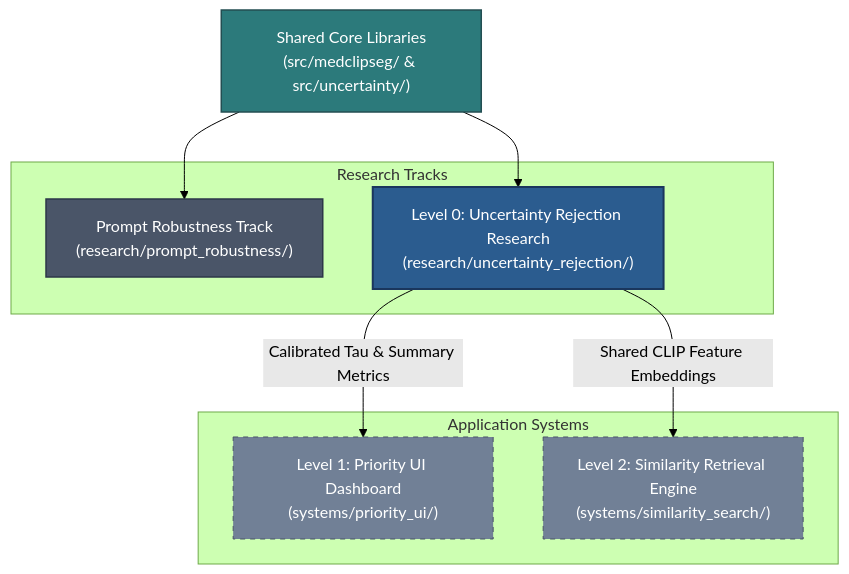
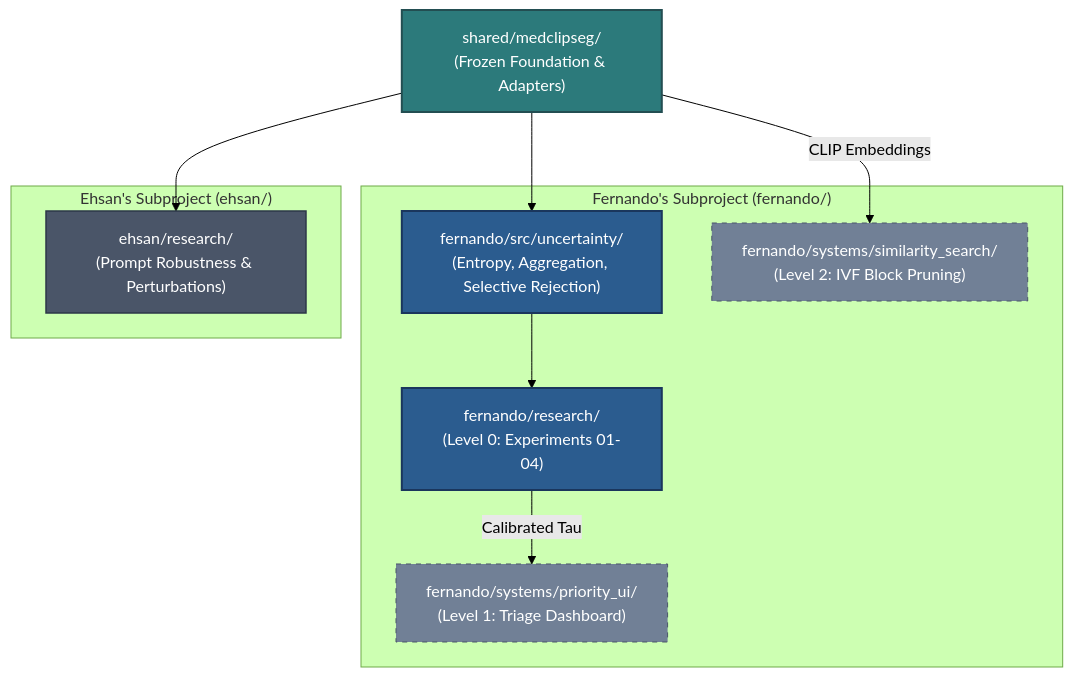
Before and after one commit to Fergarciamedina/MedCLIPSeg-plus-plus: the first of 6 diagrams in docs/architecture.md, drawn with Mermaid (forest theme). The commit also changed other lines of this file and 188 other files, not shown here.

Commit message:
feat(workstreams): reorganize repository by team owner (fernando, ehsan, shared)

````diff
--- a/docs/architecture.md
+++ b/docs/architecture.md
@@ -12,24 +12,26 @@
 ```mermaid
 graph TD
-    classDef core fill:#2b5c8f,stroke:#1a365d,color:#ffffff,stroke-width:2px;
-    classDef track fill:#4a5568,stroke:#2d3748,color:#ffffff,stroke-width:1.5px;
+    classDef shared fill:#2c7a7b,stroke:#234e52,color:#ffffff,stroke-width:2px;
+    classDef fernando fill:#2b5c8f,stroke:#1a365d,color:#ffffff,stroke-width:2px;
+    classDef ehsan fill:#4a5568,stroke:#2d3748,color:#ffffff,stroke-width:1.5px;
     classDef opt fill:#718096,stroke:#4a5568,color:#ffffff,stroke-dasharray: 5 5;
-    classDef run fill:#2c7a7b,stroke:#234e52,color:#ffffff,stroke-width:1.5px;
 
-    CoreLib["Shared Core Libraries<br>(src/medclipseg/ & src/uncertainty/)"]:::run
+    SharedBaseline["shared/medclipseg/<br>(Frozen Foundation & Adapters)"]:::shared
 
-    subgraph Tracks ["Research Tracks"]
-        TrackPR["Prompt Robustness Track<br>(research/prompt_robustness/)"]:::track
-        TrackUR["Level 0: Uncertainty Rejection Research<br>(research/uncertainty_rejection/)"]:::core
+    subgraph FernandoSubproject ["Fernando's Subproject (fernando/)"]
+        F_Uncertainty["fernando/src/uncertainty/<br>(Entropy, Aggregation, Selective Rejection)"]:::fernando
+        F_Research["fernando/research/<br>(Level 0: Experiments 01-04)"]:::fernando
+        F_Sys1["fernando/systems/priority_ui/<br>(Level 1: Triage Dashboard)"]:::opt
+        F_Sys2["fernando/systems/similarity_search/<br>(Level 2: IVF Block Pruning)"]:::opt
     end
 
-    subgraph ClinicalSystems ["Application Systems"]
-        SysL1["Level 1: Priority UI Dashboard<br>(systems/priority_ui/)"]:::opt
-        SysL2["Level 2: Similarity Retrieval Engine<br>(systems/similarity_search/)"]:::opt
+    subgraph EhsanSubproject ["Ehsan's Subproject (ehsan/)"]
+        E_Research["ehsan/research/<br>(Prompt Robustness & Perturbations)"]:::ehsan
     end
 
-    CoreLib --> TrackPR
-    CoreLib --> TrackUR
-    TrackUR -->|"Calibrated Tau & Summary Metrics"| SysL1
-    TrackUR -->|"Shared CLIP Feature Embeddings"| SysL2
+    SharedBaseline --> F_Uncertainty
+    SharedBaseline --> E_Research
+    F_Uncertainty --> F_Research
+    F_Research -->|"Calibrated Tau"| F_Sys1
+    SharedBaseline -->|"CLIP Embeddings"| F_Sys2
 ```
````
